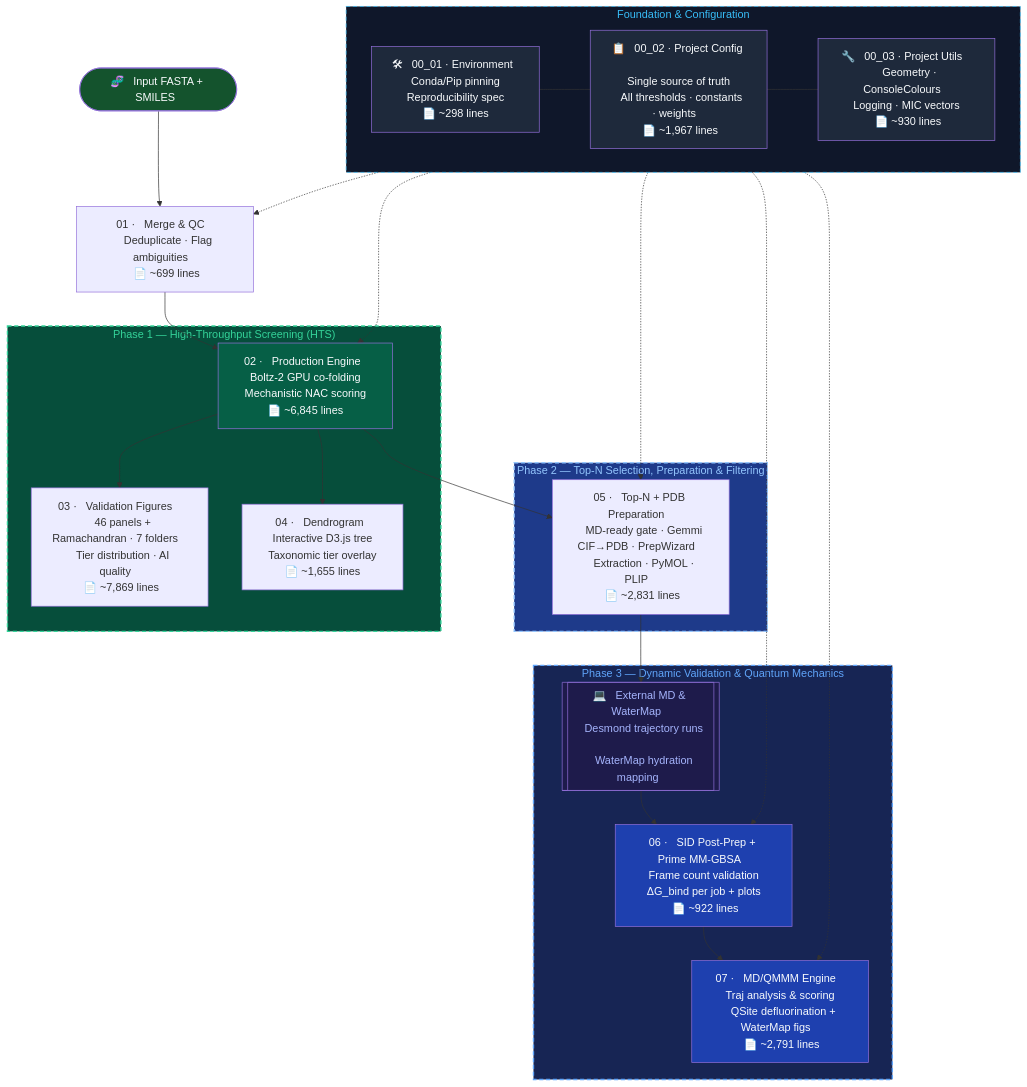
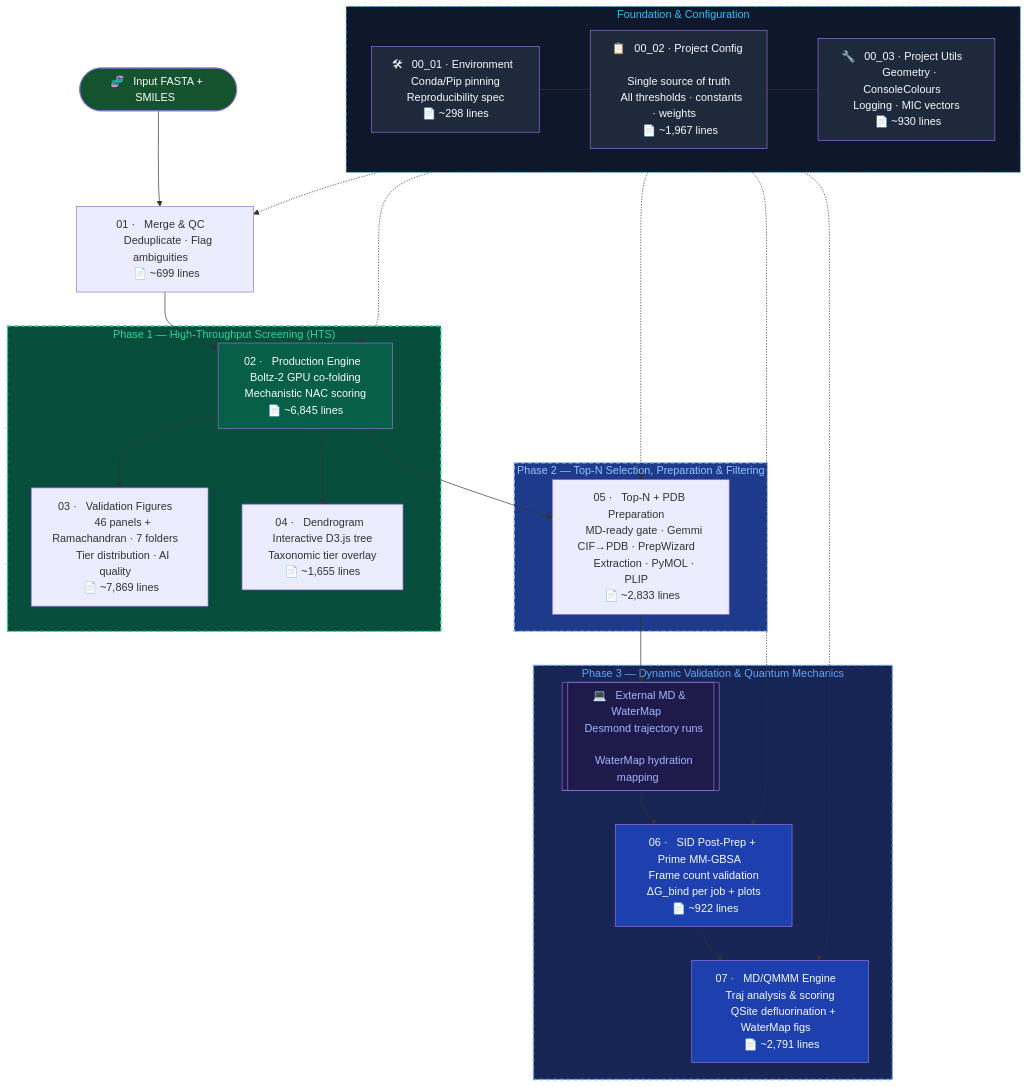
One commit to KU-MGB/DeFluorX changed the diagram in README.md. Above: the diagram before and after it, drawn with Mermaid. The commit also changed 1 other file, not shown here.

Commit message:
feat: 05 ends with Pipeline Phase Complete banner (print_elapsed); sync README line count

````diff
--- a/README.md
+++ b/README.md
@@ -189,56 +189,56 @@
 ```mermaid
 flowchart TD
     subgraph FOUNDATION["  Foundation & Configuration  "]
         ENV["🛠 &nbsp; 00_01 · Environment &nbsp; \n &nbsp; Conda/Pip pinning &nbsp; \n &nbsp; Reproducibility spec &nbsp; \n &nbsp; 📄 ~298 lines &nbsp; "]
         CFG["📋 &nbsp; 00_02 · Project Config &nbsp; \n &nbsp; Single source of truth &nbsp; \n &nbsp; All thresholds · constants · weights &nbsp; \n &nbsp; 📄 ~1,967 lines &nbsp; "]
         UTL["🔧 &nbsp; 00_03 · Project Utils &nbsp; \n &nbsp; Geometry · ConsoleColours &nbsp; \n &nbsp; Logging · MIC vectors &nbsp; \n &nbsp; 📄 ~930 lines &nbsp; "]
         ENV --- CFG --- UTL
     end
 
     START([🧬 &nbsp; Input FASTA + SMILES &nbsp;]) --> M1
     M1["01 · &nbsp; Merge & QC &nbsp; \n &nbsp; Deduplicate · Flag ambiguities &nbsp; \n &nbsp; 📄 ~699 lines &nbsp; "] --> M2
 
     subgraph PHASE1["  Phase 1 — High-Throughput Screening (HTS)  "]
         M2["02 · &nbsp; Production Engine &nbsp; \n &nbsp; Boltz-2 GPU co-folding &nbsp; \n &nbsp; Mechanistic NAC scoring &nbsp; \n &nbsp; 📄 ~6,845 lines &nbsp; "]
         M3["03 · &nbsp; Validation Figures &nbsp; \n &nbsp; 46 panels + Ramachandran · 7 folders &nbsp; \n &nbsp; Tier distribution · AI quality &nbsp; \n &nbsp; 📄 ~7,869 lines &nbsp; "]
         M4["04 · &nbsp; Dendrogram &nbsp; \n &nbsp; Interactive D3.js tree &nbsp; \n &nbsp; Taxonomic tier overlay &nbsp; \n &nbsp; 📄 ~1,655 lines &nbsp; "]
         M2 --> M3
         M2 --> M4
     end
 
     M2 --> M5
 
     subgraph PHASE2["  Phase 2 — Top-N Selection, Preparation & Filtering  "]
-        M5["05 · &nbsp; Top-N + PDB Preparation &nbsp; \n &nbsp; MD-ready gate · Gemmi CIF→PDB · PrepWizard &nbsp; \n &nbsp; Extraction · PyMOL · PLIP &nbsp; \n &nbsp; 📄 ~2,831 lines &nbsp; "]
+        M5["05 · &nbsp; Top-N + PDB Preparation &nbsp; \n &nbsp; MD-ready gate · Gemmi CIF→PDB · PrepWizard &nbsp; \n &nbsp; Extraction · PyMOL · PLIP &nbsp; \n &nbsp; 📄 ~2,833 lines &nbsp; "]
     end
 
     M5 --> EXT_MD
 
     subgraph PHASE3["  Phase 3 — Dynamic Validation & Quantum Mechanics  "]
         EXT_MD[["💻 &nbsp; External MD & WaterMap &nbsp; \n &nbsp; Desmond trajectory runs &nbsp; \n &nbsp; WaterMap hydration mapping &nbsp;"]]
         M6["06 · &nbsp; SID Post-Prep + Prime MM-GBSA &nbsp; \n &nbsp; Frame count validation &nbsp; \n &nbsp; ΔG_bind per job + plots &nbsp; \n &nbsp; 📄 ~922 lines &nbsp; "]
         M7["07 · &nbsp; MD/QMMM Engine &nbsp; \n &nbsp; Traj analysis & scoring &nbsp; \n &nbsp; QSite defluorination + WaterMap figs &nbsp; \n &nbsp; 📄 ~2,791 lines &nbsp; "]
         EXT_MD --> M6 --> M7
     end
 
     %% Dependencies
     FOUNDATION -.-> M1
     FOUNDATION -.-> M2
     FOUNDATION -.-> M5
     FOUNDATION -.-> M6
     FOUNDATION -.-> M7
 
     style FOUNDATION fill:#0f172a,color:#38bdf8,stroke:#38bdf8
     style CFG fill:#1e293b,color:#f8fafc
     style UTL fill:#1e293b,color:#f8fafc
     style ENV fill:#1e293b,color:#f8fafc
     style PHASE1 fill:#064e3b,color:#34d399,stroke:#34d399,stroke-width:2px,stroke-dasharray: 6 4
     style PHASE2 fill:#1e3a8a,color:#93c5fd,stroke:#93c5fd,stroke-width:2px,stroke-dasharray: 6 4
     style PHASE3 fill:#172554,color:#60a5fa,stroke:#60a5fa,stroke-width:2px,stroke-dasharray: 6 4
     style FOUNDATION stroke-dasharray: 6 4
     style M2 fill:#065f46,color:#f8fafc
     style M6 fill:#1e40af,color:#f8fafc
     style M7 fill:#1e40af,color:#f8fafc
     style START fill:#14532d,color:#f8fafc
     style EXT_MD fill:#1e1b4b,color:#a5b4fc
 ```
````
